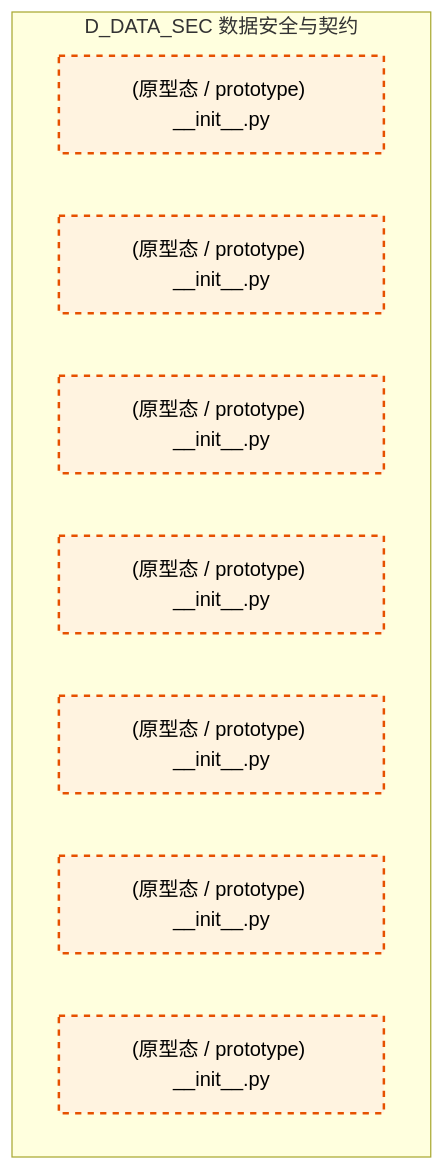
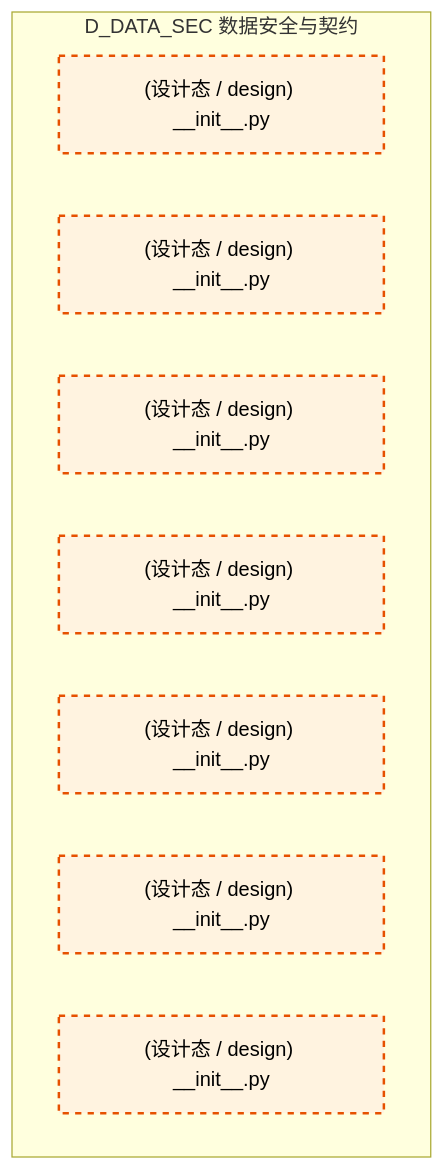
The second of 2 diagrams in docs/02_enterprise_architecture/02_domain_architecture_docs/10_d_data_sec.md (xuanFelixVan/ZephyrAlpha), drawn with Mermaid before and after one commit. The commit also changed other lines of this file and 177 other files, not shown here.

````diff
--- a/docs/02_enterprise_architecture/02_domain_architecture_docs/10_d_data_sec.md
+++ b/docs/02_enterprise_architecture/02_domain_architecture_docs/10_d_data_sec.md
@@ -103,17 +102,17 @@
 ```mermaid
 graph TD
     subgraph D_DATA_SEC["D_DATA_SEC 数据安全与契约"]
-        src_zephyr_data_security_init_py["(原型态 / prototype) __init__.py"]
-        src_zephyr_data_security_extensions_init_py["(原型态 / prototype) __init__.py"]
-        src_zephyr_data_security_api_init_py["(原型态 / prototype) __init__.py"]
-        src_zephyr_data_security_core_init_py["(原型态 / prototype) __init__.py"]
-        src_zephyr_data_security_infrastructure_init_py["(原型态 / prototype) __init__.py"]
-        src_zephyr_data_security_models_init_py["(原型态 / prototype) __init__.py"]
-        src_zephyr_data_security_services_init_py["(原型态 / prototype) __init__.py"]
+        src_zephyr_data_security_init_py["(设计态 / design) __init__.py"]
+        src_zephyr_data_security_extensions_init_py["(设计态 / design) __init__.py"]
+        src_zephyr_data_security_api_init_py["(设计态 / design) __init__.py"]
+        src_zephyr_data_security_core_init_py["(设计态 / design) __init__.py"]
+        src_zephyr_data_security_infrastructure_init_py["(设计态 / design) __init__.py"]
+        src_zephyr_data_security_models_init_py["(设计态 / design) __init__.py"]
+        src_zephyr_data_security_services_init_py["(设计态 / design) __init__.py"]
     end
     classDef production fill:#e1f5fe,stroke:#01579b,stroke-width:2px,color:#000
     classDef design fill:#fff3e0,stroke:#e65100,stroke-width:2px,color:#000,stroke-dasharray: 5 5
     classDef external_prod fill:#e8f5e9,stroke:#1b5e20,stroke-width:1px,color:#000
     classDef external_design fill:#fce4ec,stroke:#880e4f,stroke-width:1px,color:#000,stroke-dasharray: 5 5
     class src_zephyr_data_security_init_py,src_zephyr_data_security_extensions_init_py,src_zephyr_data_security_api_init_py,src_zephyr_data_security_core_init_py,src_zephyr_data_security_infrastructure_init_py,src_zephyr_data_security_models_init_py,src_zephyr_data_security_services_init_py design
 ```
````
